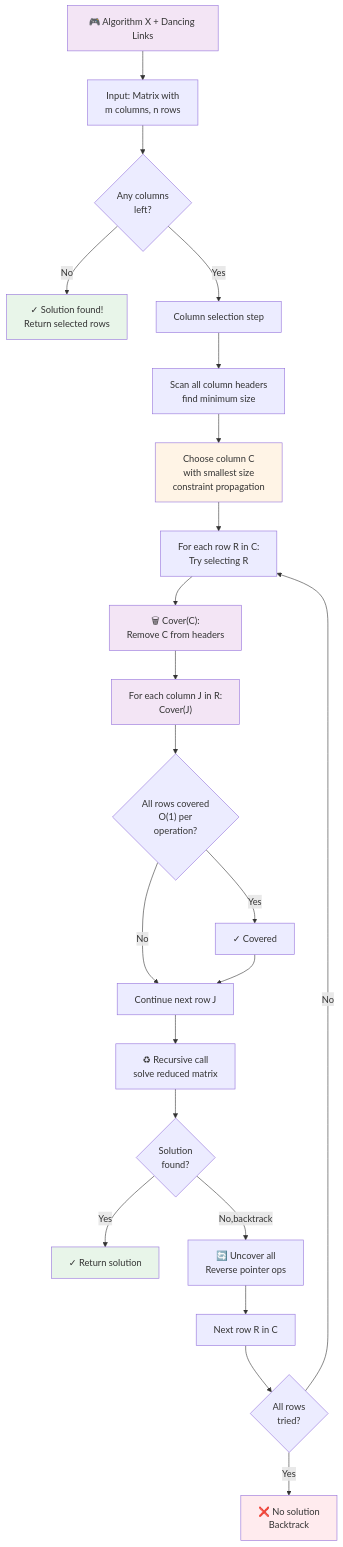
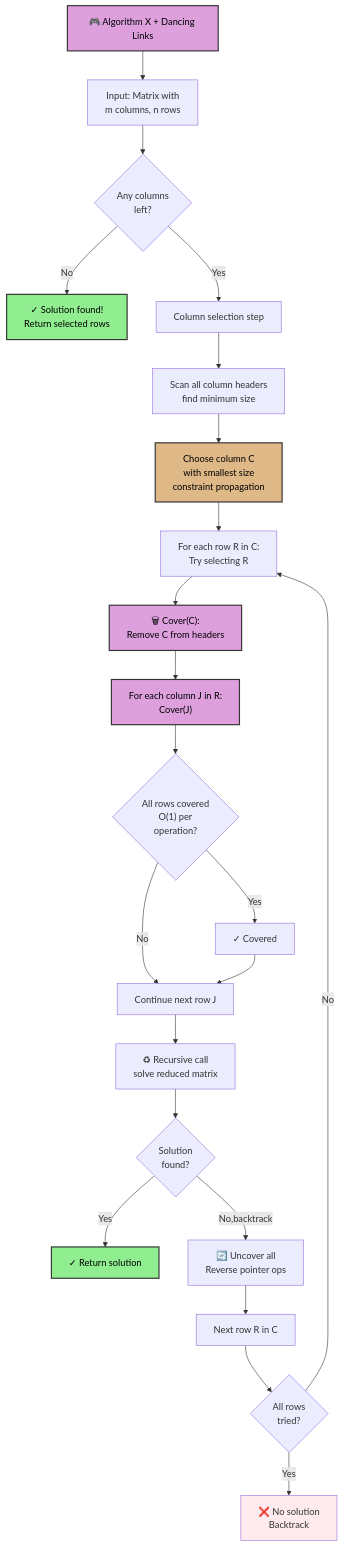
The third of 4 diagrams in docs/advanced_ds/dancing_links.md (souradeepta/interviewprep), drawn with Mermaid before and after one commit. The commit also changed other lines of this file and 31 other files, not shown here.

Commit message:
updated graphs

````diff
--- a/docs/advanced_ds/dancing_links.md
+++ b/docs/advanced_ds/dancing_links.md
@@ -154,32 +154,32 @@
 ```mermaid
 flowchart TD
     A["🎮 Algorithm X + Dancing Links"] --> B["Input: Matrix with<br/>m columns, n rows"]
     B --> C{Any columns<br/>left?}
     C -->|No| D["✓ Solution found!<br/>Return selected rows"]
     C -->|Yes| E["Column selection step"]
     E --> F["Scan all column headers<br/>find minimum size"]
     F --> G["Choose column C<br/>with smallest size<br/>constraint propagation"]
     G --> H["For each row R in C:<br/>Try selecting R"]
     H --> I["🗑 Cover(C):<br/>Remove C from headers"]
     I --> J["For each column J in R:<br/>Cover(J)"]
     J --> K{"All rows covered<br/>O(1) per<br/>operation?"}
     K -->|Yes| L["✓ Covered"]
     K -->|No| M["Continue next row J"]
     L --> M
     M --> N["♻ Recursive call<br/>solve reduced matrix"]
     N --> O{Solution<br/>found?}
     O -->|Yes| P["✓ Return solution"]
     O -->|No,backtrack| Q["🔄 Uncover all<br/>Reverse pointer ops"]
     Q --> R["Next row R in C"]
     R --> S{"All rows<br/>tried?"}
     S -->|No| H
     S -->|Yes| T["❌ No solution<br/>Backtrack"]
     
-    style A fill:#f3e5f5
-    style D fill:#e8f5e9
-    style G fill:#fff4e6
-    style I fill:#f3e5f5
-    style J fill:#f3e5f5
-    style P fill:#e8f5e9
+    style A fill:#dda0dd,color:#000,stroke:#333,stroke-width:2px
+    style D fill:#90ee90,color:#000,stroke:#333,stroke-width:2px
+    style G fill:#deb887,color:#000,stroke:#333,stroke-width:2px
+    style I fill:#dda0dd,color:#000,stroke:#333,stroke-width:2px
+    style J fill:#dda0dd,color:#000,stroke:#333,stroke-width:2px
+    style P fill:#90ee90,color:#000,stroke:#333,stroke-width:2px
     style T fill:#ffebee
 ```
````
